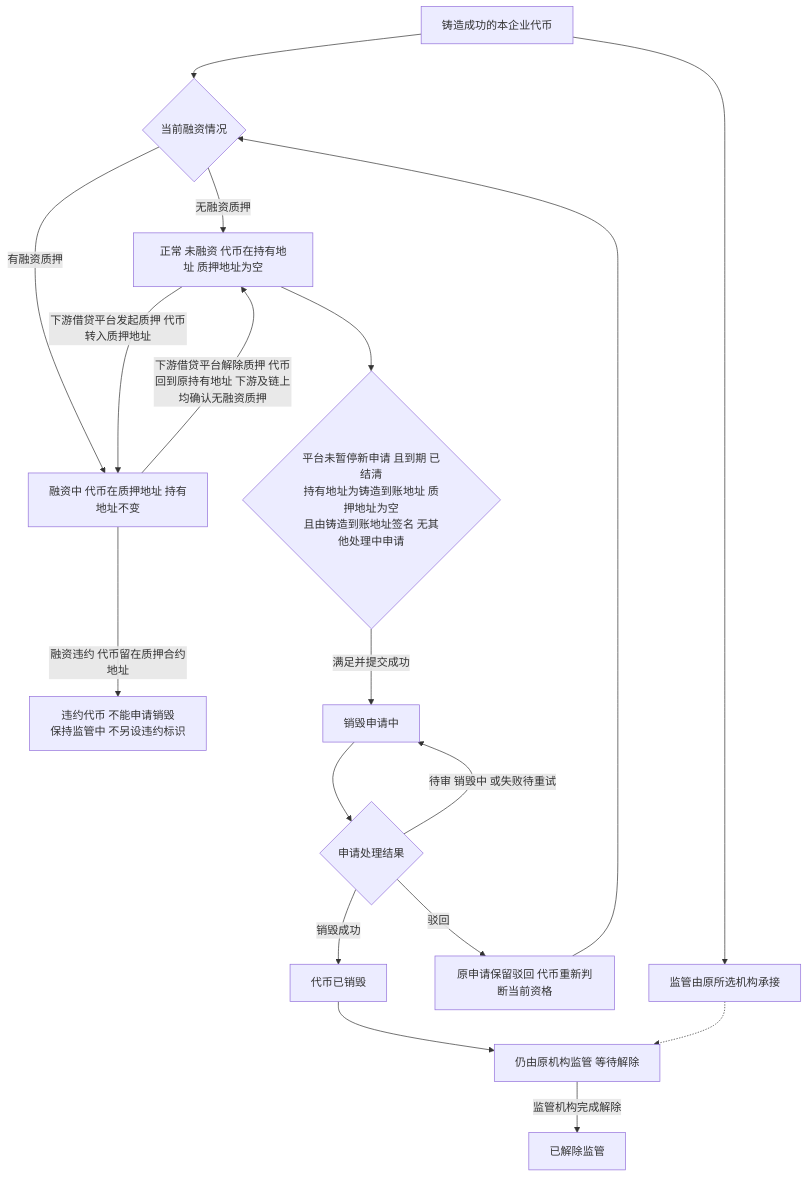
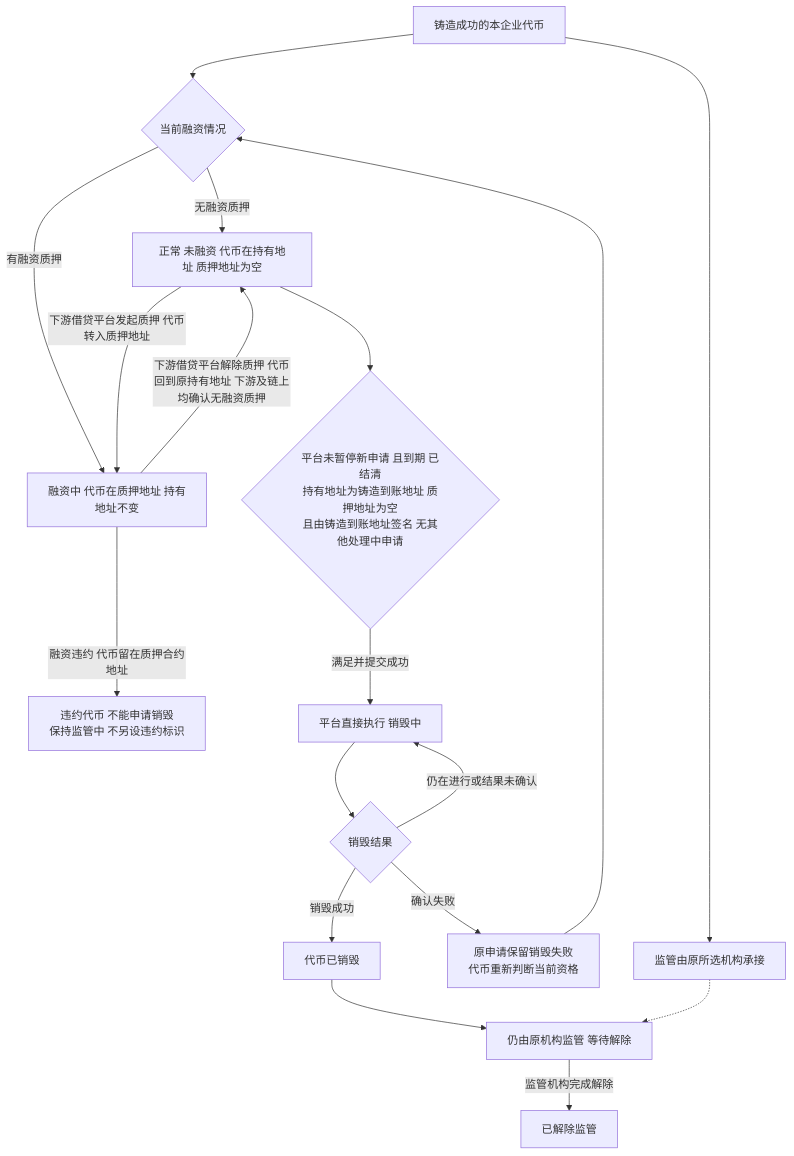
The fourth of 4 diagrams in token-issuance-platform/PRD/面客端/M4a-我的代币与销毁申请/02-我的代币与销毁申请-流程图与状态机.md (wxblockchain/Chain-Financing), drawn with Mermaid before and after one commit. The commit also changed other lines of this file and 16 other files, not shown here.

````diff
--- a/token-issuance-platform/PRD/面客端/M4a-我的代币与销毁申请/02-我的代币与销毁申请-流程图与状态机.md
+++ b/token-issuance-platform/PRD/面客端/M4a-我的代币与销毁申请/02-我的代币与销毁申请-流程图与状态机.md
@@ -110,20 +104,20 @@
 ```mermaid
 flowchart TD
     A[铸造成功的本企业代币] --> B[监管由原所选机构承接]
     A --> C{当前融资情况}
     C -->|无融资质押| D[正常 未融资 代币在持有地址 质押地址为空]
     C -->|有融资质押| E[融资中 代币在质押地址 持有地址不变]
     D -->|下游借贷平台发起质押 代币转入质押地址| E
     E -->|下游借贷平台解除质押 代币回到原持有地址 下游及链上均确认无融资质押| D
     E -->|融资违约 代币留在质押合约地址| X[违约代币 不能申请销毁<br/>保持监管中 不另设违约标识]
     D --> F{平台未暂停新申请 且到期 已结清<br/>持有地址为铸造到账地址 质押地址为空<br/>且由铸造到账地址签名 无其他处理中申请}
-    F -->|满足并提交成功| G[销毁申请中]
-    G --> H{申请处理结果}
-    H -->|驳回| I[原申请保留驳回 代币重新判断当前资格]
+    F -->|满足并提交成功| G[平台直接执行 销毁中]
+    G --> H{销毁结果}
+    H -->|仍在进行或结果未确认| G
+    H -->|确认失败| I[原申请保留销毁失败<br/>代币重新判断当前资格]
     I --> C
-    H -->|待审 销毁中 或失败待重试| G
     H -->|销毁成功| J[代币已销毁]
     J --> K[仍由原机构监管 等待解除]
     B -.-> K
     K -->|监管机构完成解除| L[已解除监管]
 ```
````
